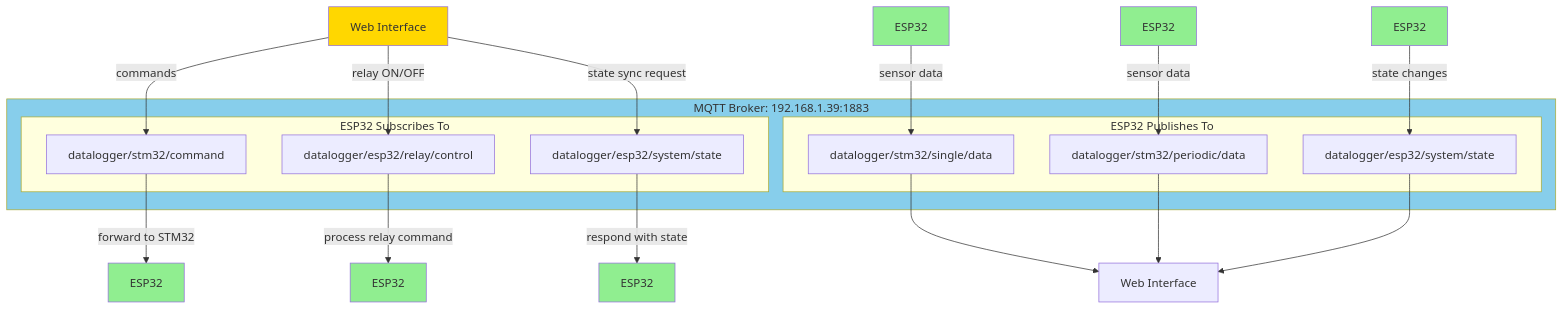
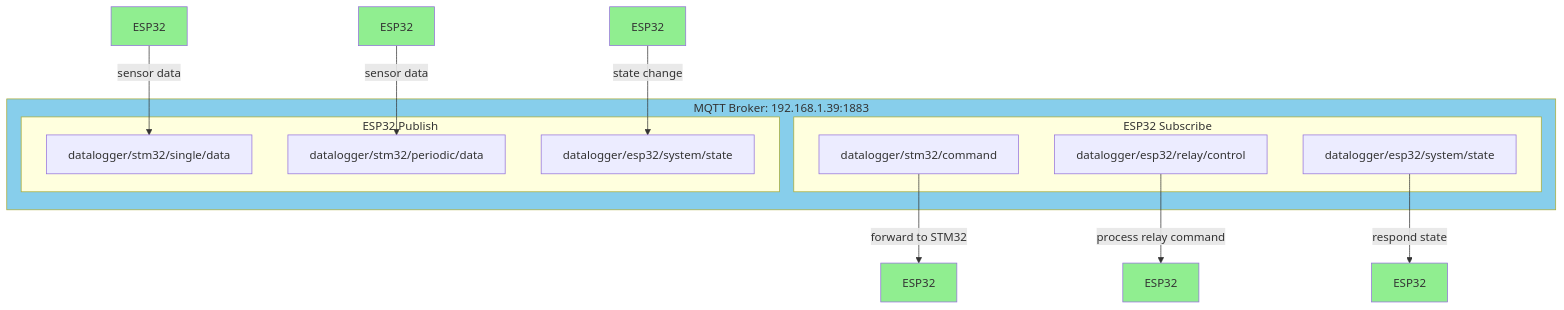
Before and after one commit to meeTeam05/datalogger: the fifth of 9 diagrams in documents/ESP32/UML_CLASS_DIAGRAM_ESP32.md, drawn with Mermaid. The commit also changed other lines of this file and 5 other files, not shown here.

````diff
--- a/documents/ESP32/UML_CLASS_DIAGRAM_ESP32.md
+++ b/documents/ESP32/UML_CLASS_DIAGRAM_ESP32.md
@@ -381,41 +376,32 @@
 ```mermaid
 graph TB
-    subgraph MQTT_Broker[MQTT Broker: 192.168.1.39:1883]
-        subgraph Subscribe[ESP32 Subscribes To]
+    subgraph MQTT_Broker["MQTT Broker: 192.168.1.39:1883"]
+        subgraph Subscribe["ESP32 Subscribe"]
             T1[datalogger/stm32/command]
             T2[datalogger/esp32/relay/control]
             T3[datalogger/esp32/system/state]
         end
         
-        subgraph Publish[ESP32 Publishes To]
+        subgraph Publish["ESP32 Publish"]
             T4[datalogger/stm32/single/data]
             T5[datalogger/stm32/periodic/data]
             T6[datalogger/esp32/system/state]
         end
     end
     
-    Web[Web Interface] -->|commands| T1
-    Web -->|relay ON/OFF| T2
-    Web -->|state sync request| T3
-    
     T1 -->|forward to STM32| ESP32_1[ESP32]
     T2 -->|process relay command| ESP32_2[ESP32]
-    T3 -->|respond with state| ESP32_3[ESP32]
+    T3 -->|respond state| ESP32_3[ESP32]
     
     ESP32_4[ESP32] -->|sensor data| T4
     ESP32_5[ESP32] -->|sensor data| T5
-    ESP32_6[ESP32] -->|state changes| T6
-    
-    T4 --> Web2[Web Interface]
-    T5 --> Web2
-    T6 --> Web2
+    ESP32_6[ESP32] -->|state change| T6
     
     style MQTT_Broker fill:#87CEEB
-    style Web fill:#FFD700
     style ESP32_1 fill:#90EE90
     style ESP32_2 fill:#90EE90
     style ESP32_3 fill:#90EE90
     style ESP32_4 fill:#90EE90
     style ESP32_5 fill:#90EE90
     style ESP32_6 fill:#90EE90
 ```
````
